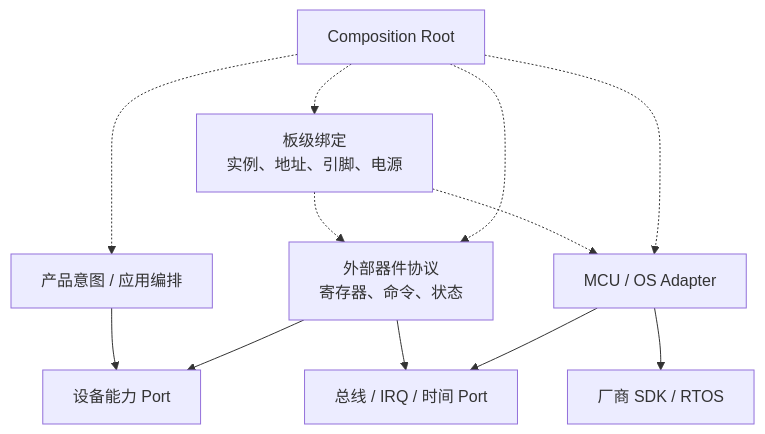
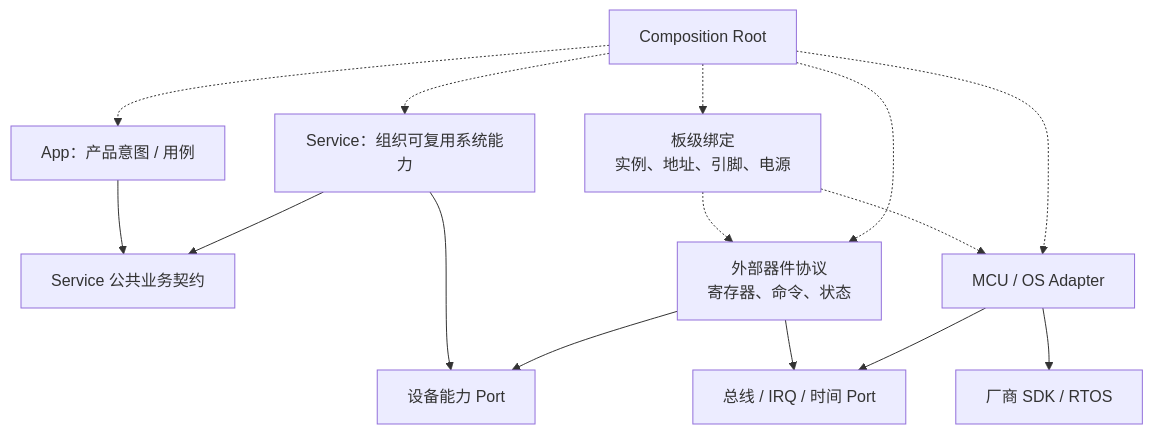
Before and after one commit to HU-JIAXUAN/Codex-Skills: the diagram in embedded/architecture/references/semantic_layer_model_zh.md, drawn with Mermaid. The commit also changed other lines of this file and 29 other files, not shown here.

Commit message:
feat(architecture): add focused object and data design skills

````diff
--- a/embedded/architecture/references/semantic_layer_model_zh.md
+++ b/embedded/architecture/references/semantic_layer_model_zh.md
@@ -76,14 +93,17 @@
 ```mermaid
 flowchart TB
-    APP["产品意图 / 应用编排"] --> DP["设备能力 Port"]
+    APP["App：产品意图 / 用例"] --> API["Service 公共业务契约"]
+    SVC["Service：组织可复用系统能力"] --> API
+    SVC --> DP["设备能力 Port"]
     DEV["外部器件协议\n寄存器、命令、状态"] --> DP
     DEV --> BUS["总线 / IRQ / 时间 Port"]
     MCU["MCU / OS Adapter"] --> BUS
     MCU --> SDK["厂商 SDK / RTOS"]
     BOARD["板级绑定\n实例、地址、引脚、电源"] -.-> DEV
     BOARD -.-> MCU
     CR["Composition Root"] -.-> APP
+    CR -.-> SVC
     CR -.-> DEV
     CR -.-> MCU
     CR -.-> BOARD
 ```
````
